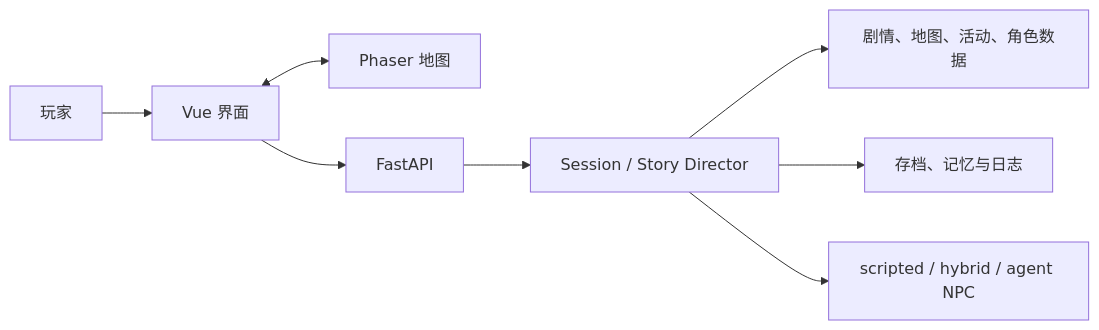
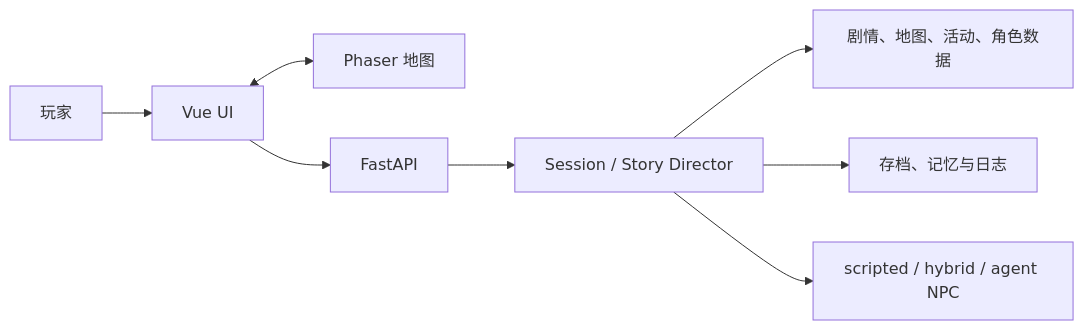
One commit to usefultool39/UW changed the diagram in docs/PROJECT.md. Above: the diagram before and after it, drawn with Mermaid. The commit also changed other lines of this file and 143 other files, not shown here.

````diff
--- a/docs/PROJECT.md
+++ b/docs/PROJECT.md
@@ -66,10 +148,10 @@
 ```mermaid
 flowchart LR
-  P["玩家"] --> V["Vue 界面"]
+  P["玩家"] --> V["Vue UI"]
   V <--> G["Phaser 地图"]
   V --> A["FastAPI"]
   A --> S["Session / Story Director"]
   S --> D["剧情、地图、活动、角色数据"]
   S --> M["存档、记忆与日志"]
   S --> N["scripted / hybrid / agent NPC"]
 ```
````
